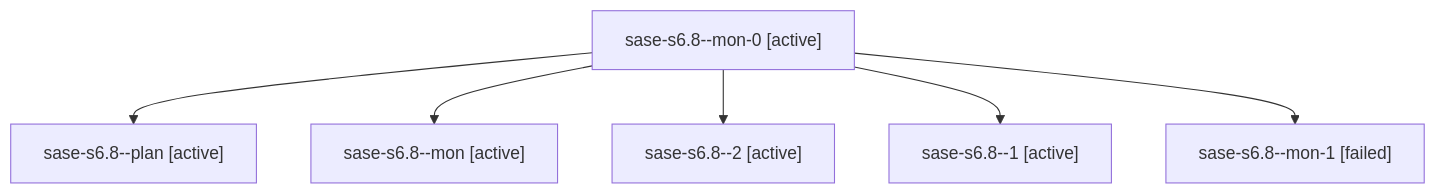
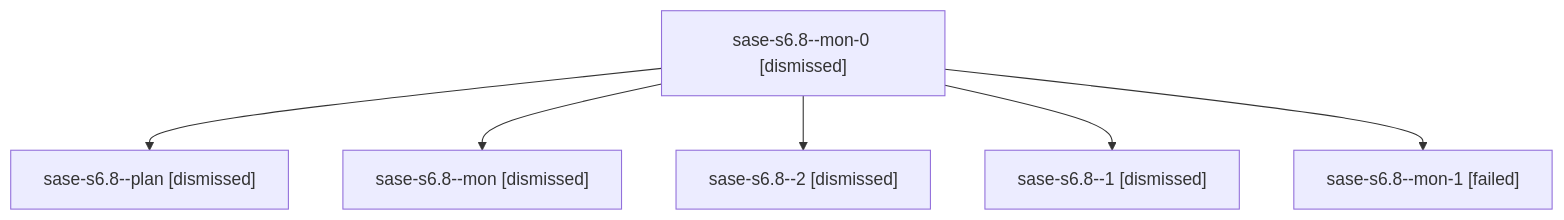
One commit to sase-org/sase--agents changed the diagram in sessions/bbugyi200.athena.sase-s6.8.md. Above: the diagram before and after it, drawn with Mermaid. The commit also changed other lines of this file and 97 other files, not shown here.

````diff
--- a/sessions/bbugyi200.athena.sase-s6.8.md
+++ b/sessions/bbugyi200.athena.sase-s6.8.md
@@ -9,14 +9,14 @@
 ```mermaid
 flowchart TD
-  n0["sase-s6.8--mon-0 [active]"]
-  n1["sase-s6.8--plan [active]"]
+  n0["sase-s6.8--mon-0 [dismissed]"]
+  n1["sase-s6.8--plan [dismissed]"]
   n0 --> n1
-  n2["sase-s6.8--mon [active]"]
+  n2["sase-s6.8--mon [dismissed]"]
   n0 --> n2
-  n3["sase-s6.8--2 [active]"]
+  n3["sase-s6.8--2 [dismissed]"]
   n0 --> n3
-  n4["sase-s6.8--1 [active]"]
+  n4["sase-s6.8--1 [dismissed]"]
   n0 --> n4
   n5["sase-s6.8--mon-1 [failed]"]
   n0 --> n5
 ```
````
